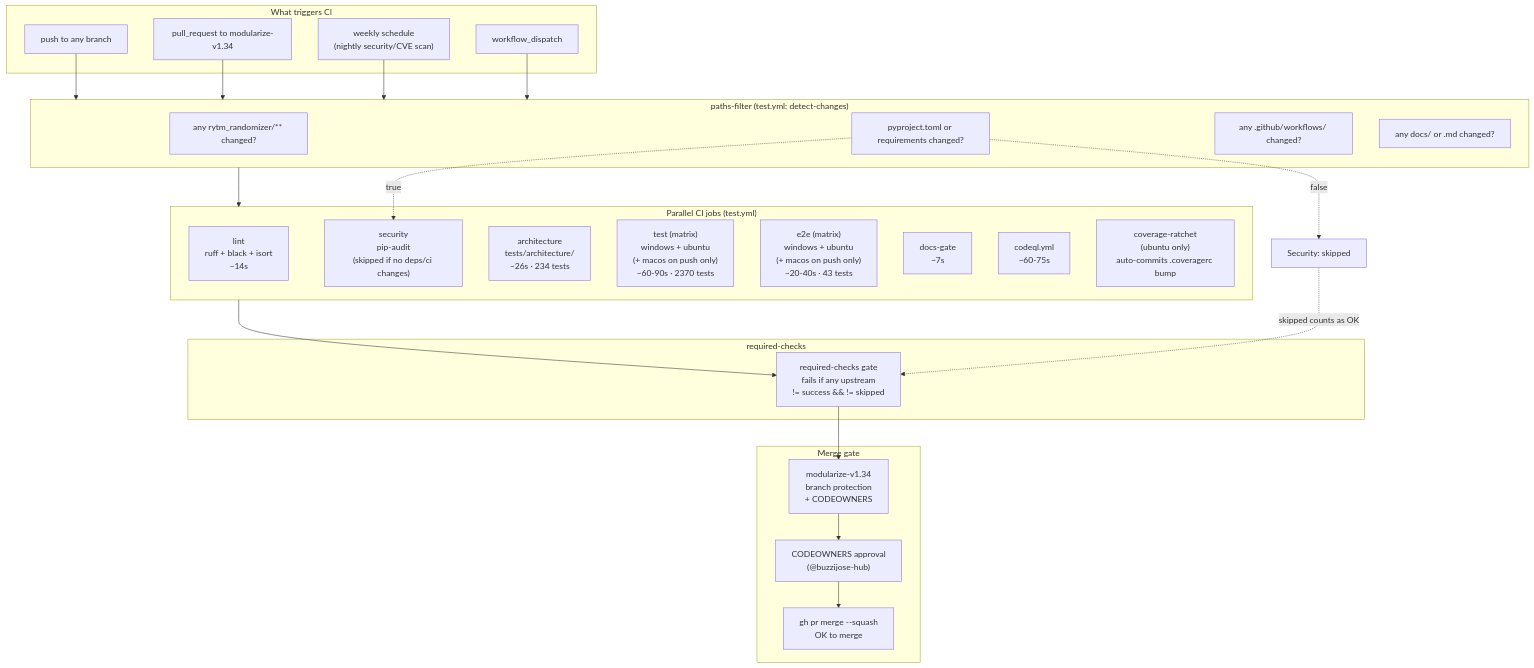
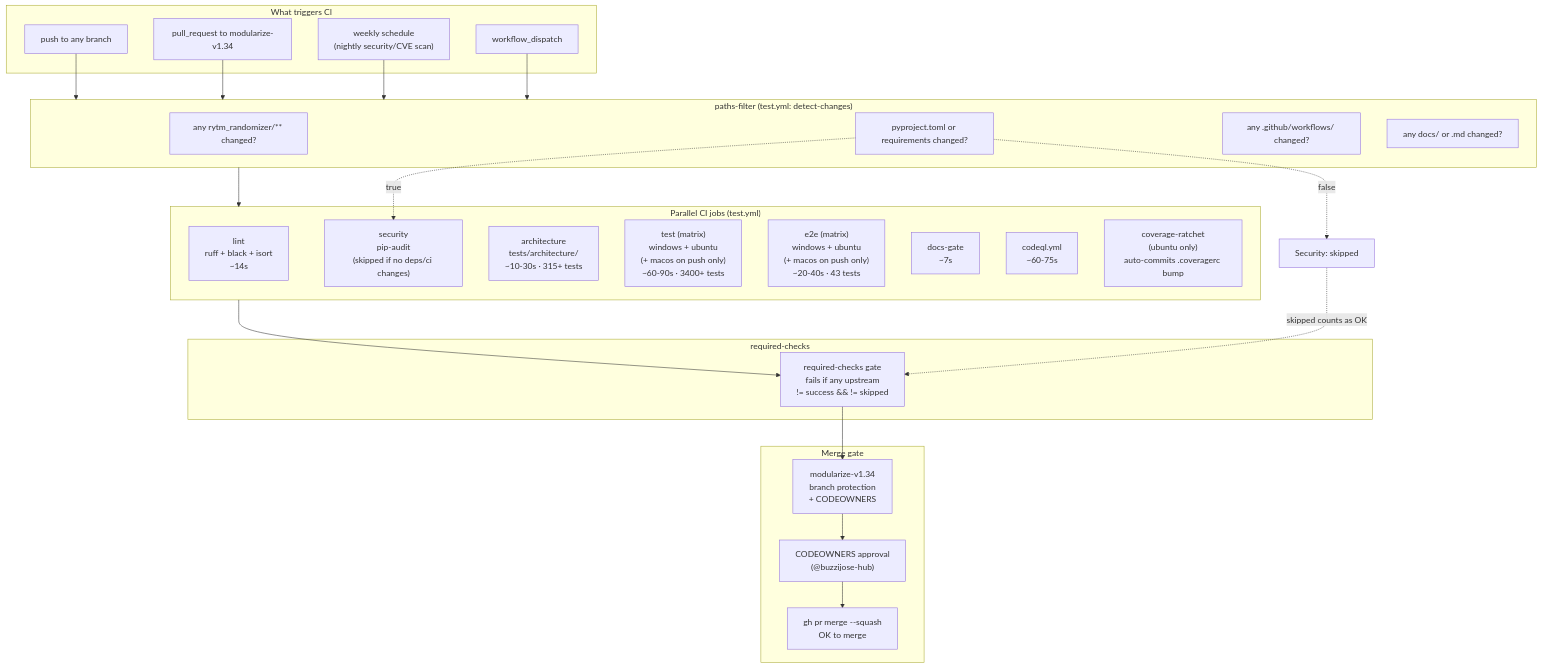
One commit to buzzijose-hub/RytmRandomizer changed diagram 11 of 26 in docs/ARCHITECTURE_DIAGRAMS.md. Above: the diagram before and after it, drawn with Mermaid. The commit also changed other lines of this file and 47 other files, not shown here.

````diff
--- a/docs/ARCHITECTURE_DIAGRAMS.md
+++ b/docs/ARCHITECTURE_DIAGRAMS.md
@@ -767,53 +767,53 @@
 ```mermaid
 flowchart TB
     subgraph Trigger["What triggers CI"]
         Push["push to any branch"]
         PR["pull_request to modularize-v1.34"]
         Schedule["weekly schedule<br/>(nightly security/CVE scan)"]
         Manual["workflow_dispatch"]
     end
 
     subgraph PathFilter["paths-filter (test.yml: detect-changes)"]
         DetectCode["any rytm_randomizer/** changed?"]
         DetectDeps["pyproject.toml or requirements changed?"]
         DetectCI["any .github/workflows/ changed?"]
         DetectDocs["any docs/ or .md changed?"]
     end
 
     subgraph Jobs["Parallel CI jobs (test.yml)"]
         Lint["lint<br/>ruff + black + isort<br/>~14s"]
         Security["security<br/>pip-audit<br/>(skipped if no deps/ci changes)"]
-        Architecture["architecture<br/>tests/architecture/<br/>~26s · 234 tests"]
-        TestMatrix["test (matrix)<br/>windows + ubuntu<br/>(+ macos on push only)<br/>~60-90s · 2370 tests"]
+        Architecture["architecture<br/>tests/architecture/<br/>~10-30s · 315+ tests"]
+        TestMatrix["test (matrix)<br/>windows + ubuntu<br/>(+ macos on push only)<br/>~60-90s · 3400+ tests"]
         E2EMatrix["e2e (matrix)<br/>windows + ubuntu<br/>(+ macos on push only)<br/>~20-40s · 43 tests"]
         DocsGate["docs-gate<br/>~7s"]
         CodeQL["codeql.yml<br/>~60-75s"]
         CoverageRatchet["coverage-ratchet<br/>(ubuntu only)<br/>auto-commits .coveragerc bump"]
     end
 
     subgraph Aggregator["required-checks"]
         Gate["required-checks gate<br/>fails if any upstream<br/>!= success && != skipped"]
     end
 
     subgraph MergeGate["Merge gate"]
         BranchProtection["modularize-v1.34<br/>branch protection<br/>+ CODEOWNERS"]
         Approval["CODEOWNERS approval<br/>(@buzzijose-hub)"]
         Merge["gh pr merge --squash<br/>OK to merge"]
     end
 
     Push --> PathFilter
     PR --> PathFilter
     Schedule --> PathFilter
     Manual --> PathFilter
 
     PathFilter --> Jobs
 
     Jobs --> Gate
     Gate --> BranchProtection
     BranchProtection --> Approval
     Approval --> Merge
 
     DetectDeps -.->|"true"| Security
     DetectDeps -.->|"false"| Skip1["Security: skipped"]
     Skip1 -.->|"skipped counts as OK"| Gate
 ```
````
